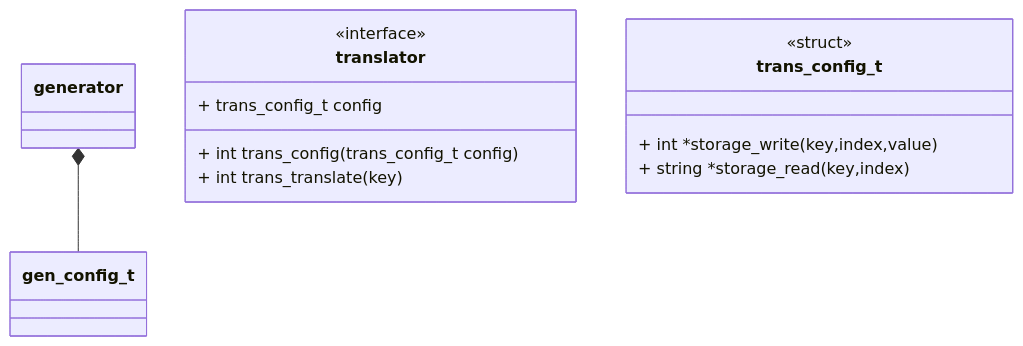
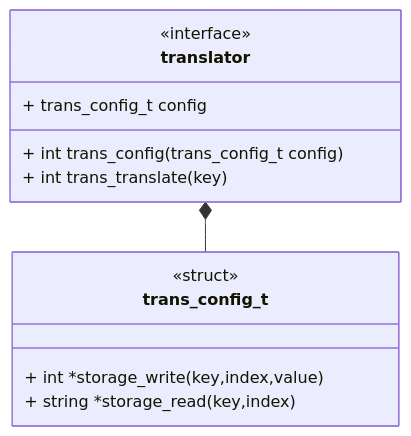
One commit to Uiowa-Applied-Topology/tanglenomicon_core_libraries changed the diagram in docs/design/Translators/Interface.md. Above: the diagram before and after it, drawn with Mermaid. The commit also changed 23 other files, not shown here.

````diff
--- a/docs/design/Translators/Interface.md
+++ b/docs/design/Translators/Interface.md
@@ -3,17 +3,17 @@
 ```mermaid
 classDiagram
-generator *-- gen_config_t
+translator *-- trans_config_t
 class translator{
 <<interface>>
 + trans_config_t config
 + int trans_config(trans_config_t config)
 + int trans_translate(key)
 }
 
 class trans_config_t {
 <<struct>>
 + int *storage_write(key,index,value)
 + string *storage_read(key,index)
 }
 
 ```
````
